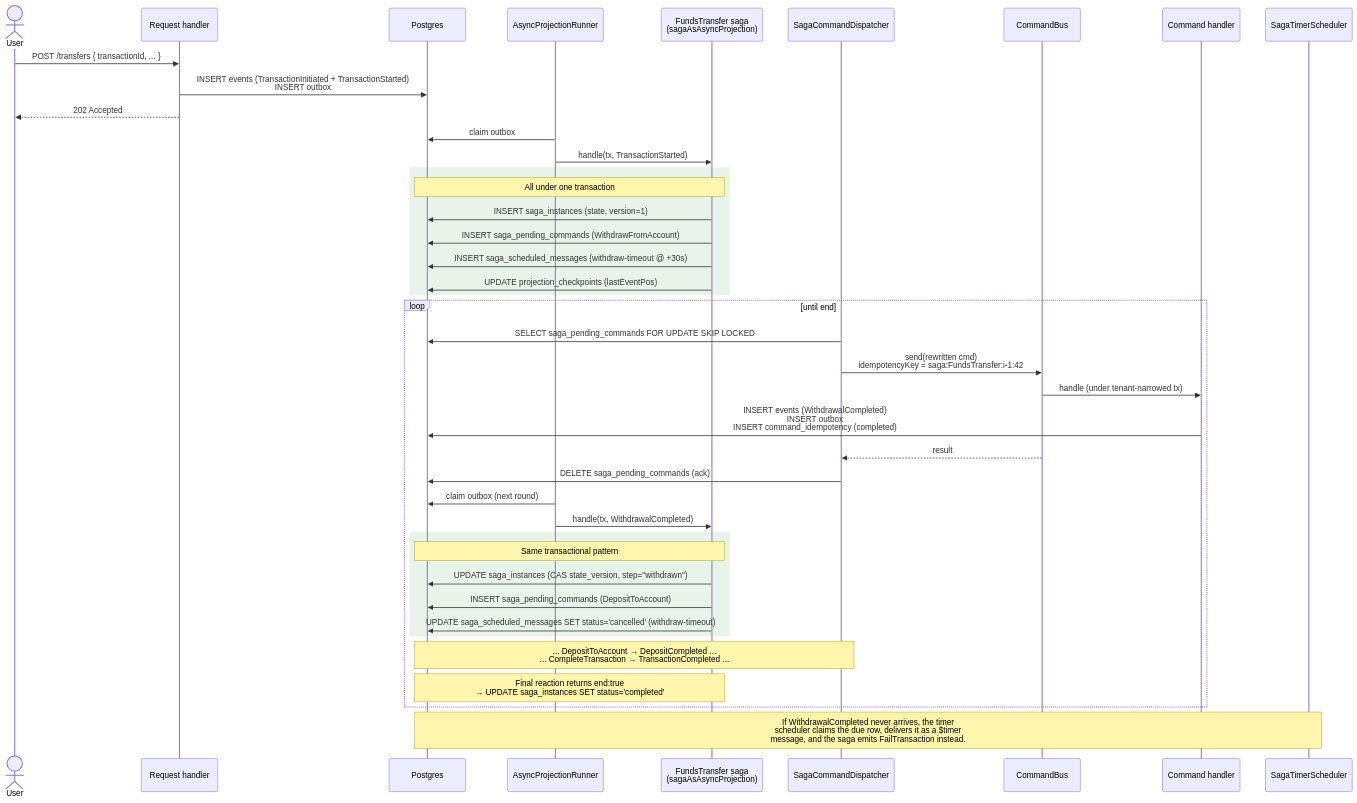
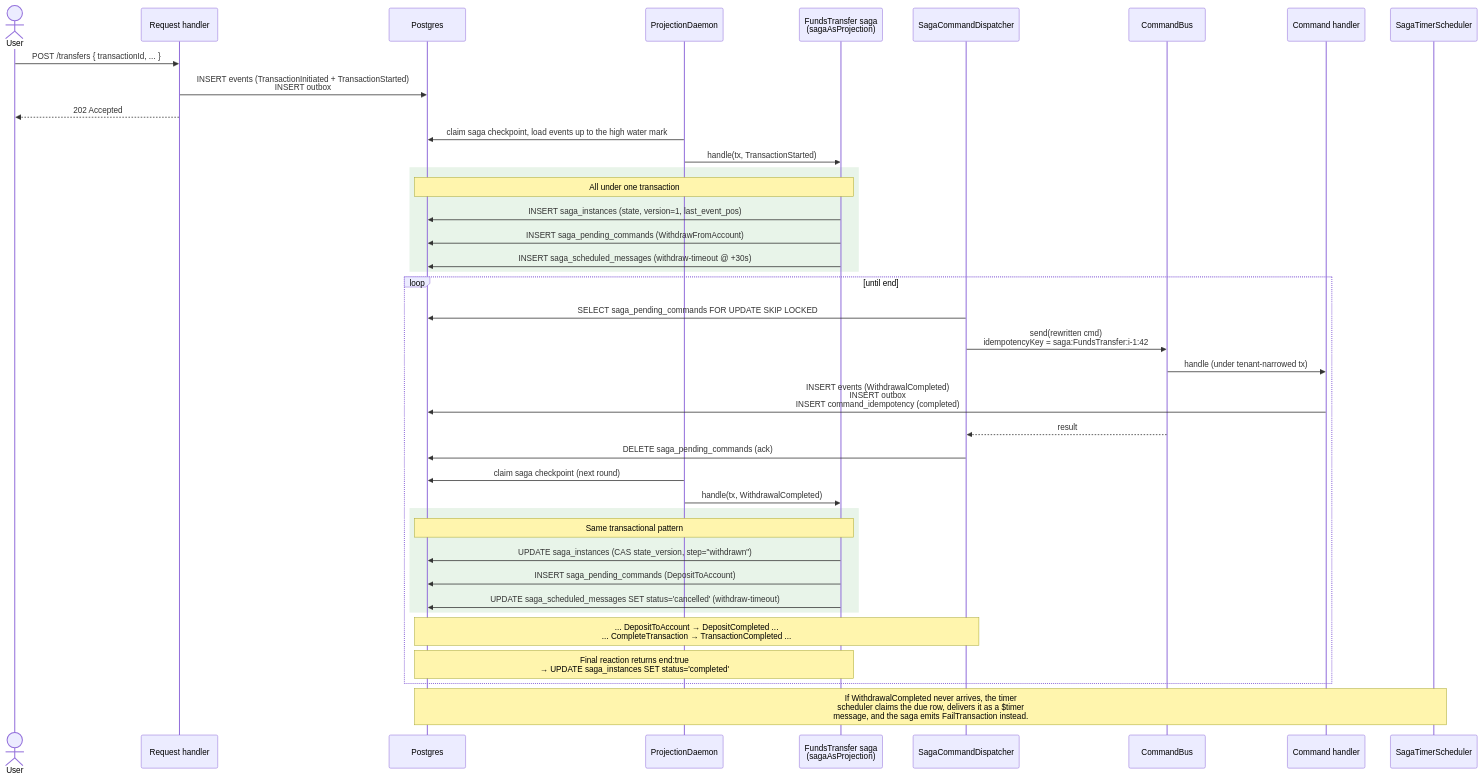
The fourth of 4 diagrams in README.md (hi-mind-ltd/eventfabric), drawn with Mermaid before and after one commit. The commit also changed other lines of this file and 96 other files, not shown here.

````diff
--- a/README.md
+++ b/README.md
@@ -292,49 +314,48 @@
 ```mermaid
 sequenceDiagram
     actor User
     participant API as Request handler
     participant DB as Postgres
-    participant Runner as AsyncProjectionRunner
-    participant Saga as FundsTransfer saga<br/>(sagaAsAsyncProjection)
+    participant Runner as ProjectionDaemon
+    participant Saga as FundsTransfer saga<br/>(sagaAsProjection)
     participant Disp as SagaCommandDispatcher
     participant Bus as CommandBus
     participant H as Command handler
     participant Sched as SagaTimerScheduler
 
     User->>API: POST /transfers  { transactionId, ... }
     API->>DB: INSERT events  (TransactionInitiated + TransactionStarted)<br/>INSERT outbox
     API-->>User: 202 Accepted
 
-    Runner->>DB: claim outbox
+    Runner->>DB: claim saga checkpoint, load events up to the high water mark
     Runner->>Saga: handle(tx, TransactionStarted)
     rect rgb(232, 244, 233)
     Note over Saga,DB: All under one transaction
-    Saga->>DB: INSERT saga_instances  (state, version=1)
+    Saga->>DB: INSERT saga_instances  (state, version=1, last_event_pos)
     Saga->>DB: INSERT saga_pending_commands  (WithdrawFromAccount)
     Saga->>DB: INSERT saga_scheduled_messages  (withdraw-timeout @ +30s)
-    Saga->>DB: UPDATE projection_checkpoints  (lastEventPos)
     end
 
     loop until end
         Disp->>DB: SELECT saga_pending_commands FOR UPDATE SKIP LOCKED
         Disp->>Bus: send(rewritten cmd)<br/>idempotencyKey = saga:FundsTransfer:i-1:42
         Bus->>H: handle (under tenant-narrowed tx)
         H->>DB: INSERT events  (WithdrawalCompleted)<br/>INSERT outbox<br/>INSERT command_idempotency  (completed)
         Bus-->>Disp: result
         Disp->>DB: DELETE saga_pending_commands  (ack)
 
-        Runner->>DB: claim outbox  (next round)
+        Runner->>DB: claim saga checkpoint  (next round)
         Runner->>Saga: handle(tx, WithdrawalCompleted)
         rect rgb(232, 244, 233)
         Note over Saga,DB: Same transactional pattern
         Saga->>DB: UPDATE saga_instances  (CAS state_version, step="withdrawn")
         Saga->>DB: INSERT saga_pending_commands  (DepositToAccount)
         Saga->>DB: UPDATE saga_scheduled_messages  SET status='cancelled'  (withdraw-timeout)
         end
 
         Note over Disp,DB: ... DepositToAccount → DepositCompleted ...<br/>... CompleteTransaction → TransactionCompleted ...
         Note over Saga,DB: Final reaction returns end:true<br/>→ UPDATE saga_instances SET status='completed'
     end
 
     Note over Sched,DB: If WithdrawalCompleted never arrives, the timer<br/>scheduler claims the due row, delivers it as a $timer<br/>message, and the saga emits FailTransaction instead.
 ```
````
